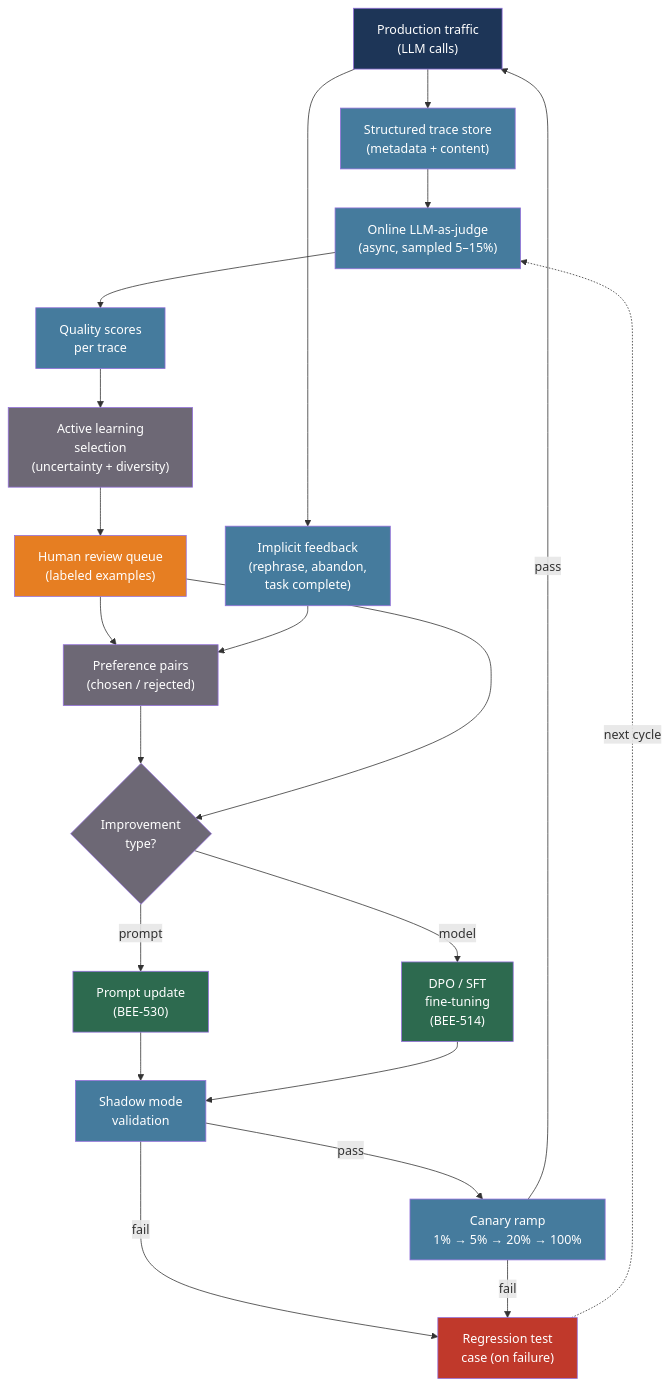
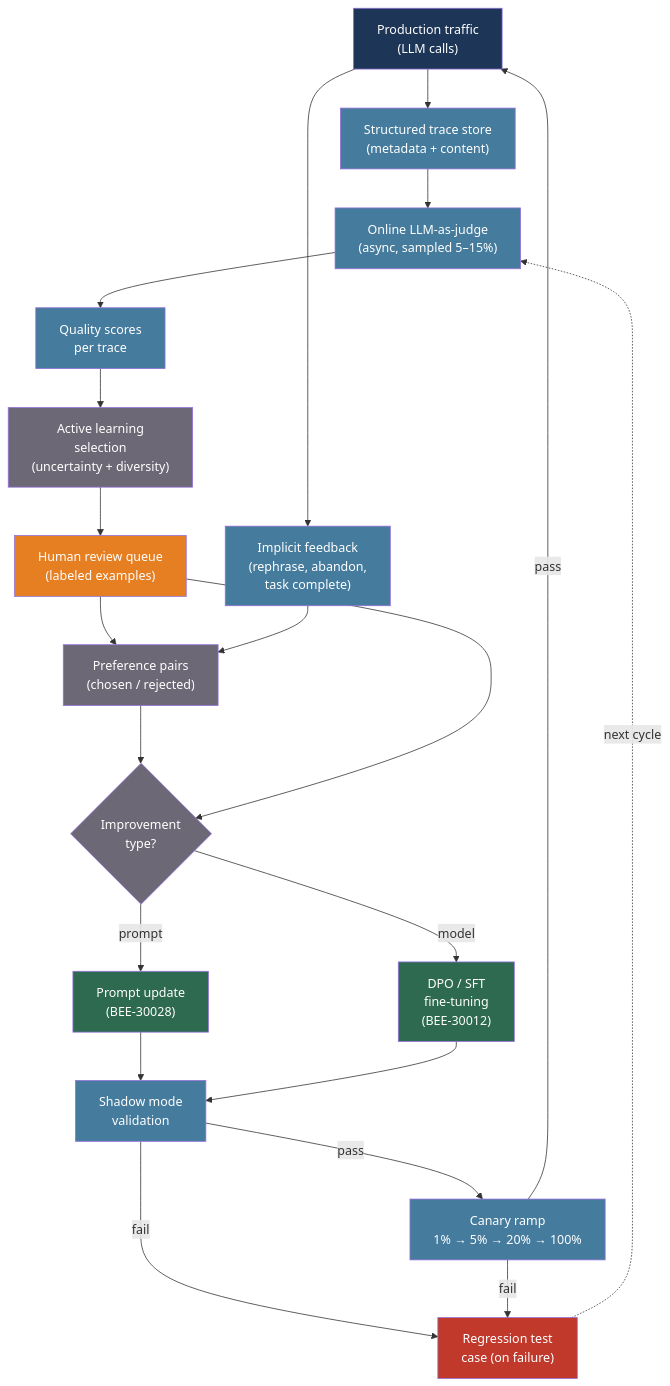
The diagram in docs/en/ai-backend-patterns/llm-data-flywheel-and-continuous-improvement.md (alivedise/backend-engineering-essentials), drawn with Mermaid before and after one commit. The commit also changed other lines of this file and 606 other files, not shown here.

````diff
--- a/docs/en/ai-backend-patterns/llm-data-flywheel-and-continuous-improvement.md
+++ b/docs/en/ai-backend-patterns/llm-data-flywheel-and-continuous-improvement.md
@@ -474,52 +474,52 @@
 ```mermaid
 flowchart TD
     Production["Production traffic\n(LLM calls)"]
     Trace["Structured trace store\n(metadata + content)"]
     OnlineEval["Online LLM-as-judge\n(async, sampled 5–15%)"]
     Scores["Quality scores\nper trace"]
     ActiveLearn["Active learning\nselection\n(uncertainty + diversity)"]
     HumanReview["Human review queue\n(labeled examples)"]
     ImplicitFB["Implicit feedback\n(rephrase, abandon,\ntask complete)"]
     PrefPairs["Preference pairs\n(chosen / rejected)"]
     Improve{"Improvement\ntype?"}
-    PromptUpdate["Prompt update\n(BEE-530)"]
-    DPOTrain["DPO / SFT\nfine-tuning\n(BEE-514)"]
+    PromptUpdate["Prompt update\n(BEE-30028)"]
+    DPOTrain["DPO / SFT\nfine-tuning\n(BEE-30012)"]
     Shadow["Shadow mode\nvalidation"]
     Canary["Canary ramp\n1% → 5% → 20% → 100%"]
     RegressionTest["Regression test\ncase (on failure)"]
 
     Production --> Trace
     Production --> ImplicitFB
     Trace --> OnlineEval
     OnlineEval --> Scores
     Scores --> ActiveLearn
     ActiveLearn --> HumanReview
     HumanReview --> PrefPairs
     ImplicitFB --> PrefPairs
     PrefPairs --> Improve
     HumanReview --> Improve
     Improve -->|prompt| PromptUpdate
     Improve -->|model| DPOTrain
     PromptUpdate --> Shadow
     DPOTrain --> Shadow
     Shadow -->|pass| Canary
     Shadow -->|fail| RegressionTest
     Canary -->|pass| Production
     Canary -->|fail| RegressionTest
     RegressionTest -.->|next cycle| OnlineEval
 
     style Production fill:#1d3557,color:#fff
     style Trace fill:#457b9d,color:#fff
     style OnlineEval fill:#457b9d,color:#fff
     style Scores fill:#457b9d,color:#fff
     style ActiveLearn fill:#6d6875,color:#fff
     style HumanReview fill:#e67e22,color:#fff
     style ImplicitFB fill:#457b9d,color:#fff
     style PrefPairs fill:#6d6875,color:#fff
     style Improve fill:#6d6875,color:#fff
     style PromptUpdate fill:#2d6a4f,color:#fff
     style DPOTrain fill:#2d6a4f,color:#fff
     style Shadow fill:#457b9d,color:#fff
     style Canary fill:#457b9d,color:#fff
     style RegressionTest fill:#c0392b,color:#fff
 ```
````
